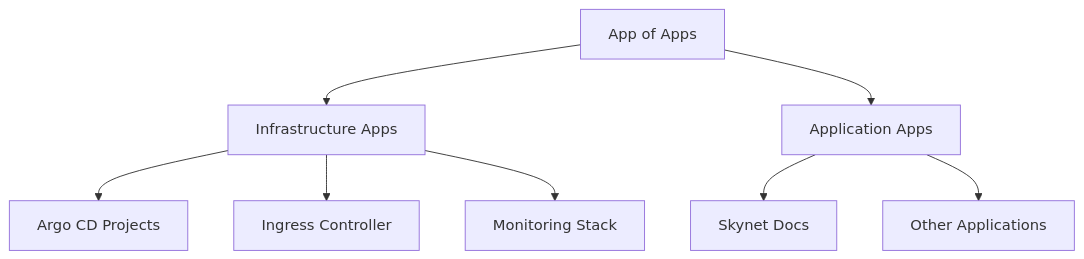
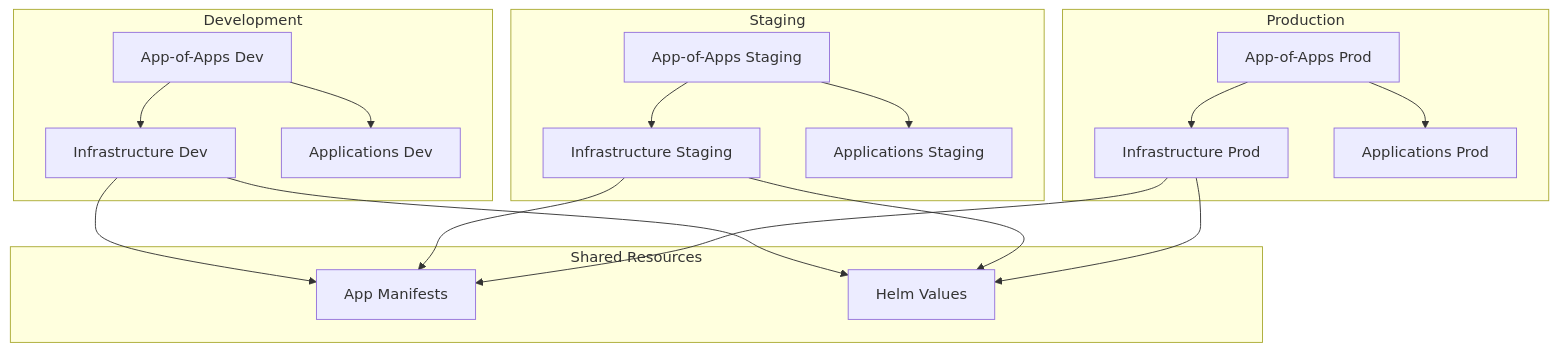
Before and after one commit to cyberdine-skynet/skynet-kubernetes-manifests: the diagram in README.md, drawn with Mermaid. The commit also changed other lines of this file and 40 other files, not shown here.

````diff
--- a/README.md
+++ b/README.md
@@ -36,10 +49,30 @@
 ```mermaid
 graph TD
-    A[App of Apps] --> B[Infrastructure Apps]
-    A --> C[Application Apps]
-    B --> D[Argo CD Projects]
-    B --> E[Ingress Controller]
-    B --> F[Monitoring Stack]
-    C --> G[Skynet Docs]
-    C --> H[Other Applications]
+    subgraph "Development"
+        A1[App-of-Apps Dev] --> B1[Infrastructure Dev]
+        A1 --> C1[Applications Dev]
+    end
+    
+    subgraph "Staging"
+        A2[App-of-Apps Staging] --> B2[Infrastructure Staging]
+        A2 --> C2[Applications Staging]
+    end
+    
+    subgraph "Production"
+        A3[App-of-Apps Prod] --> B3[Infrastructure Prod]
+        A3 --> C3[Applications Prod]
+    end
+    
+    subgraph "Shared Resources"
+        D[App Manifests] 
+        E[Helm Values]
+    end
+    
+    B1 --> D
+    B2 --> D
+    B3 --> D
+    
+    B1 --> E
+    B2 --> E
+    B3 --> E
 ```
````
